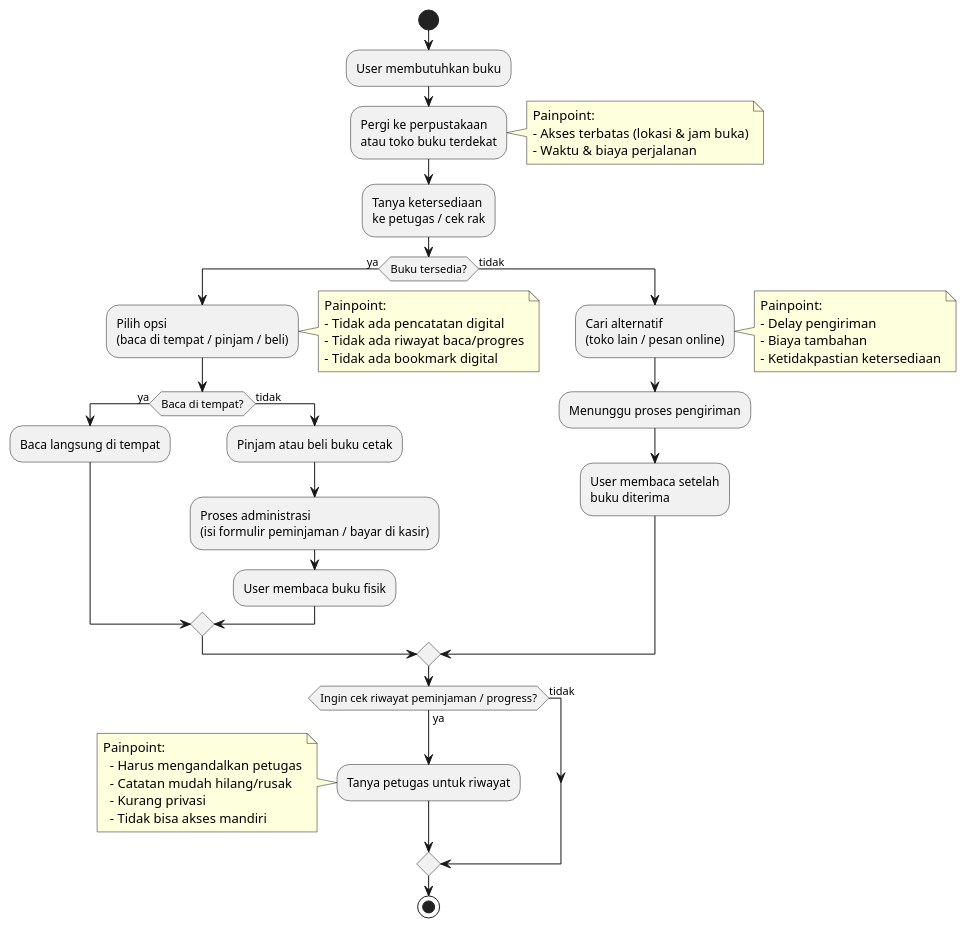
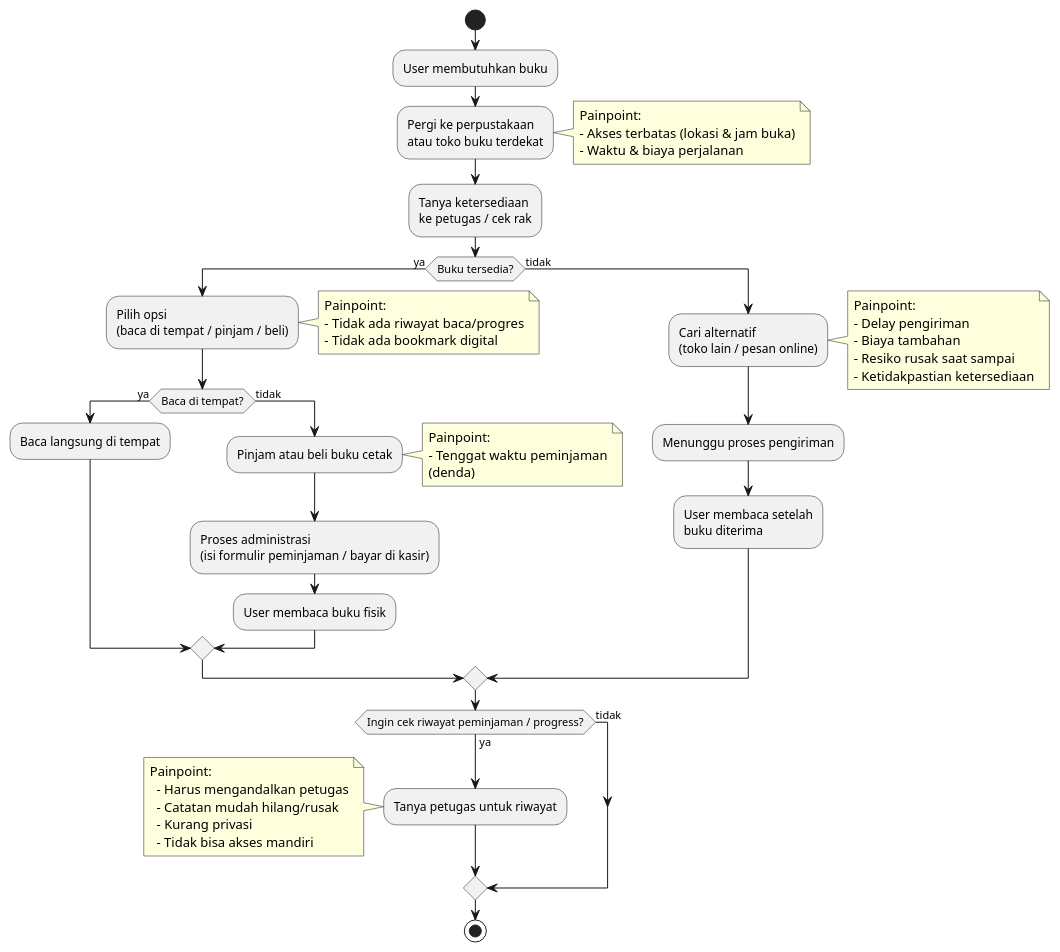
One commit to robifr/alexandria changed the diagram in docs/diagram_activity_analysis_existing_system.puml. Above: the diagram before and after it, drawn with PlantUML. The commit also changed 2 other files, not shown here.

Commit message:
update diagram docs

```diff
--- a/docs/diagram_activity_analysis_existing_system.puml
+++ b/docs/diagram_activity_analysis_existing_system.puml
@@ -4,53 +4,58 @@
 @startuml
 start
 :User membutuhkan buku;
 :Pergi ke perpustakaan\natau toko buku terdekat;
 note right
   Painpoint:
   - Akses terbatas (lokasi & jam buka)
   - Waktu & biaya perjalanan
 end note
 
 :Tanya ketersediaan\nke petugas / cek rak;
 if (Buku tersedia?) then (ya)
   :Pilih opsi\n(baca di tempat / pinjam / beli);
   note right
     Painpoint:
-    - Tidak ada pencatatan digital
     - Tidak ada riwayat baca/progres
     - Tidak ada bookmark digital
   end note
   if (Baca di tempat?) then (ya)
     :Baca langsung di tempat;
   else (tidak)
     :Pinjam atau beli buku cetak;
+    note right
+      Painpoint:
+      - Tenggat waktu peminjaman
+      (denda)
+    end note
     :Proses administrasi
     (isi formulir peminjaman / bayar di kasir);
     :User membaca buku fisik;
   endif
 
 else (tidak)
   :Cari alternatif\n(toko lain / pesan online);
   note right
     Painpoint:
     - Delay pengiriman
     - Biaya tambahan
+    - Resiko rusak saat sampai
     - Ketidakpastian ketersediaan
   end note
   :Menunggu proses pengiriman;
   :User membaca setelah\nbuku diterima;
 endif
 
 if (Ingin cek riwayat peminjaman / progress?) then (ya)
   :Tanya petugas untuk riwayat;
   note left
   Painpoint:
     - Harus mengandalkan petugas
     - Catatan mudah hilang/rusak
     - Kurang privasi
     - Tidak bisa akses mandiri
   end note
 else (tidak)
 endif
 stop
 @enduml
```
